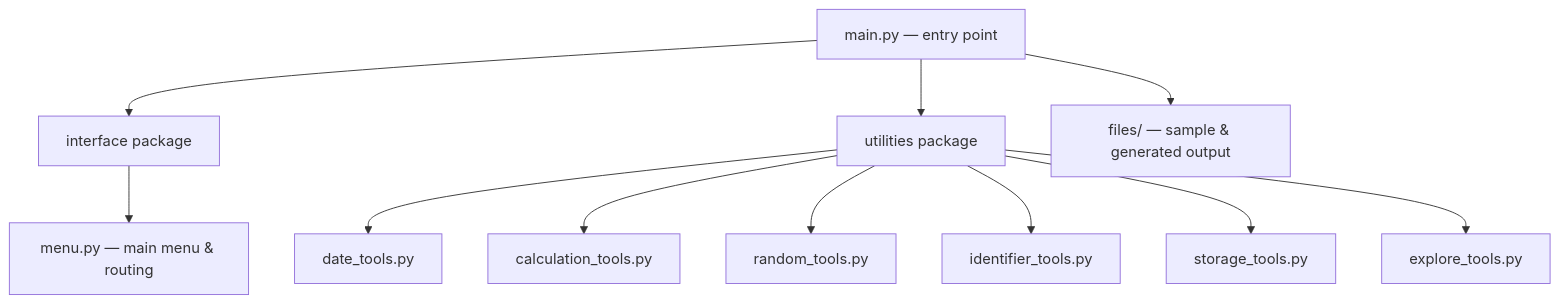
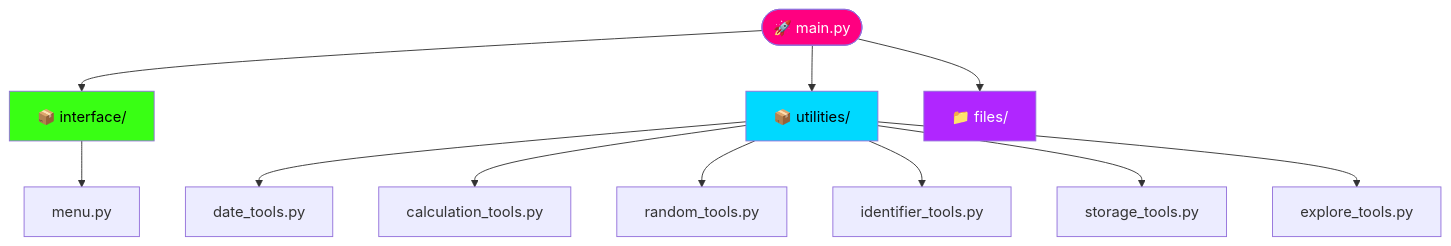
The diagram in README.md (PalAnghan/Moduler-Packager-PR-7), drawn with Mermaid before and after one commit. The commit also changed other lines of this file, not shown here.

````diff
--- a/README.md
+++ b/README.md
@@ -90,13 +113,18 @@
 ```mermaid
 flowchart TD
-    A["main.py — entry point"] --> B["interface package"]
-    B --> C["menu.py — main menu & routing"]
-    A --> D["utilities package"]
+    A(["🚀 main.py"]) --> B["📦 interface/"]
+    B --> C["menu.py"]
+    A --> D["📦 utilities/"]
     D --> E["date_tools.py"]
     D --> F["calculation_tools.py"]
     D --> G["random_tools.py"]
     D --> H["identifier_tools.py"]
     D --> I["storage_tools.py"]
     D --> J["explore_tools.py"]
-    A --> K["files/ — sample & generated output"]
+    A --> K["📁 files/"]
+
+    style A fill:#FF0080,color:#fff
+    style B fill:#39FF14,color:#000
+    style D fill:#00D9FF,color:#000
+    style K fill:#B026FF,color:#fff
 ```
````
